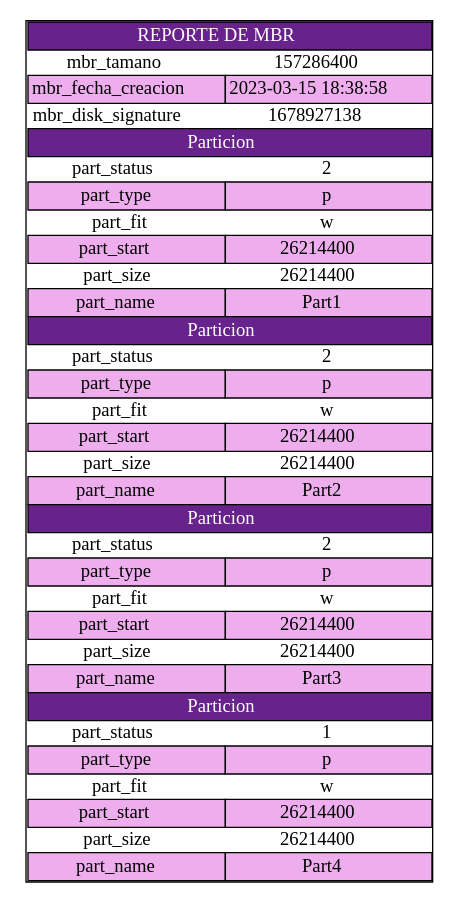
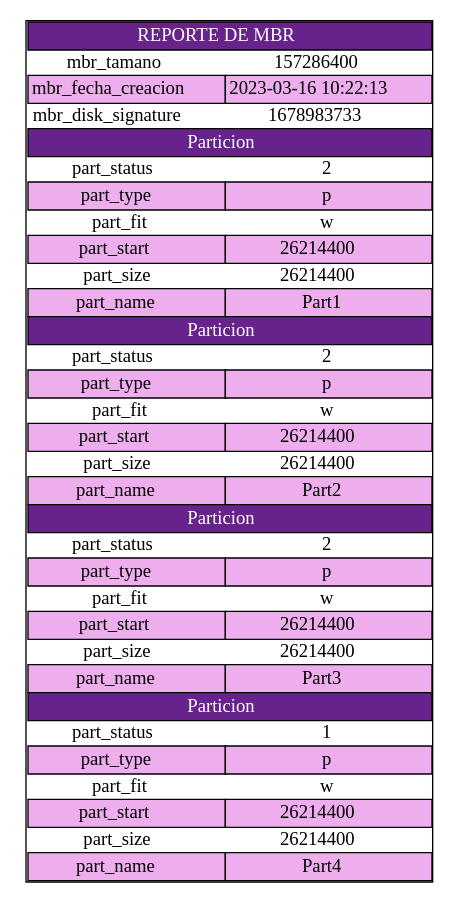
The diagram in Proyecto/cmake-build-debug/mbr.dot (diegomazariegos2002/_MIA1S2023_PROYECTO1), drawn with Graphviz before and after one commit. The commit also changed 17 other files, not shown here.

```diff
--- a/Proyecto/cmake-build-debug/mbr.dot
+++ b/Proyecto/cmake-build-debug/mbr.dot
@@ -1,18 +1,18 @@
 digraph G {
 node[shape=none]
 start[label=<<table CELLSPACING="0">
 <tr><td colspan="2" bgcolor="darkorchid4"><font color="white">REPORTE DE MBR</font></td></tr>
 <tr>
 <td border="0">mbr_tamano</td>
 <td border="0">157286400</td>
 </tr>
 <tr>
 <td bgcolor="plum2">mbr_fecha_creacion</td>
-<td bgcolor="plum2">2023-03-15 18:38:58</td>
+<td bgcolor="plum2">2023-03-16 10:22:13</td>
 </tr>
 <tr>
 <td border="0">mbr_disk_signature</td>
-<td border="0">1678927138</td>
+<td border="0">1678983733</td>
 </tr>
 <tr><td colspan="2" bgcolor="darkorchid4"><font color="white">Particion</font></td></tr><tr><td border="0">part_status</td><td border="0">2</td></tr><tr><td bgcolor="plum2">part_type</td><td bgcolor="plum2">p</td></tr><tr><td border="0">part_fit</td><td border="0">w</td></tr><tr><td bgcolor="plum2">part_start</td><td bgcolor="plum2">26214400</td></tr><tr><td border="0">part_size</td><td border="0">26214400</td></tr><tr><td bgcolor="plum2">part_name</td><td bgcolor="plum2">Part1</td></tr><tr><td colspan="2" bgcolor="darkorchid4"><font color="white">Particion</font></td></tr><tr><td border="0">part_status</td><td border="0">2</td></tr><tr><td bgcolor="plum2">part_type</td><td bgcolor="plum2">p</td></tr><tr><td border="0">part_fit</td><td border="0">w</td></tr><tr><td bgcolor="plum2">part_start</td><td bgcolor="plum2">26214400</td></tr><tr><td border="0">part_size</td><td border="0">26214400</td></tr><tr><td bgcolor="plum2">part_name</td><td bgcolor="plum2">Part2</td></tr><tr><td colspan="2" bgcolor="darkorchid4"><font color="white">Particion</font></td></tr><tr><td border="0">part_status</td><td border="0">2</td></tr><tr><td bgcolor="plum2">part_type</td><td bgcolor="plum2">p</td></tr><tr><td border="0">part_fit</td><td border="0">w</td></tr><tr><td bgcolor="plum2">part_start</td><td bgcolor="plum2">26214400</td></tr><tr><td border="0">part_size</td><td border="0">26214400</td></tr><tr><td bgcolor="plum2">part_name</td><td bgcolor="plum2">Part3</td></tr><tr><td colspan="2" bgcolor="darkorchid4"><font color="white">Particion</font></td></tr><tr><td border="0">part_status</td><td border="0">1</td></tr><tr><td bgcolor="plum2">part_type</td><td bgcolor="plum2">p</td></tr><tr><td border="0">part_fit</td><td border="0">w</td></tr><tr><td bgcolor="plum2">part_start</td><td bgcolor="plum2">26214400</td></tr><tr><td border="0">part_size</td><td border="0">26214400</td></tr><tr><td bgcolor="plum2">part_name</td><td bgcolor="plum2">Part4</td></tr></table>>];
 }
```
